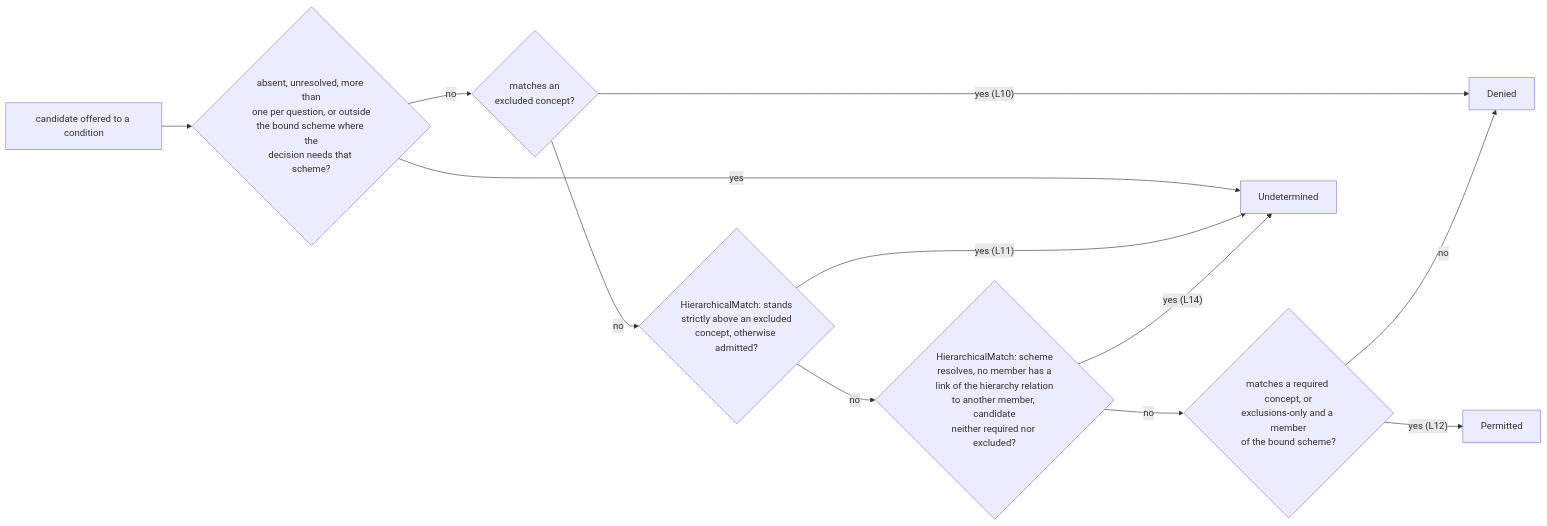
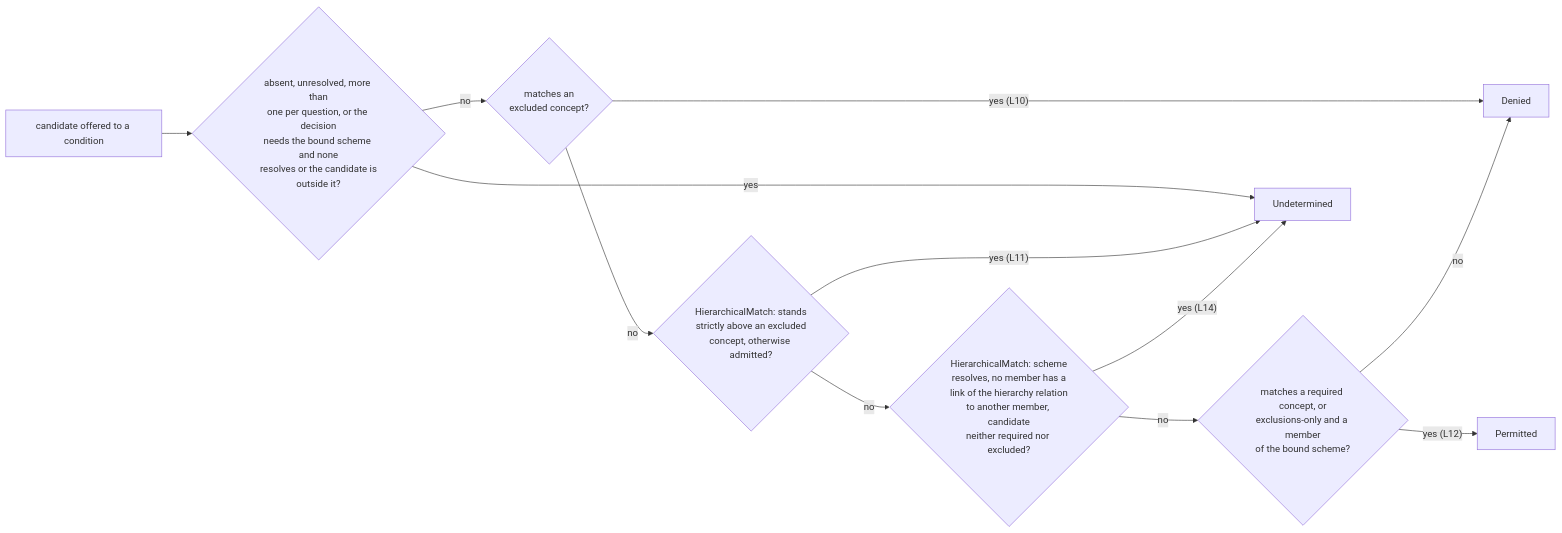
One commit to nebularis/lattice changed the fourth of 16 diagrams in ontology/eligibility/README.md. Above: the diagram before and after it, drawn with Mermaid. The commit also changed other lines of this file and 34 other files, not shown here.

````diff
--- a/ontology/eligibility/README.md
+++ b/ontology/eligibility/README.md
@@ -247,23 +247,23 @@
 ```mermaid
 flowchart LR
     Start["candidate offered to a condition"]
-    Absent{"absent, unresolved, more than<br/>one per question, or outside<br/>the bound scheme where the<br/>decision needs that scheme?"}
+    Absent{"absent, unresolved, more than<br/>one per question, or the decision<br/>needs the bound scheme and none<br/>resolves or the candidate is<br/>outside it?"}
     Excluded{"matches an<br/>excluded concept?"}
     AboveExcl{"HierarchicalMatch: stands<br/>strictly above an excluded<br/>concept, otherwise admitted?"}
     NoClosure{"HierarchicalMatch: scheme<br/>resolves, no member has a<br/>link of the hierarchy relation<br/>to another member, candidate<br/>neither required nor excluded?"}
     Required{"matches a required concept, or<br/>exclusions-only and a member<br/>of the bound scheme?"}
     U["Undetermined"]
     D["Denied"]
     P["Permitted"]
     Start --> Absent
     Absent -- "yes" --> U
     Absent -- "no" --> Excluded
     Excluded -- "yes (L10)" --> D
     Excluded -- "no" --> AboveExcl
     AboveExcl -- "yes (L11)" --> U
     AboveExcl -- "no" --> NoClosure
     NoClosure -- "yes (L14)" --> U
     NoClosure -- "no" --> Required
     Required -- "yes (L12)" --> P
     Required -- "no" --> D
 ```
````
